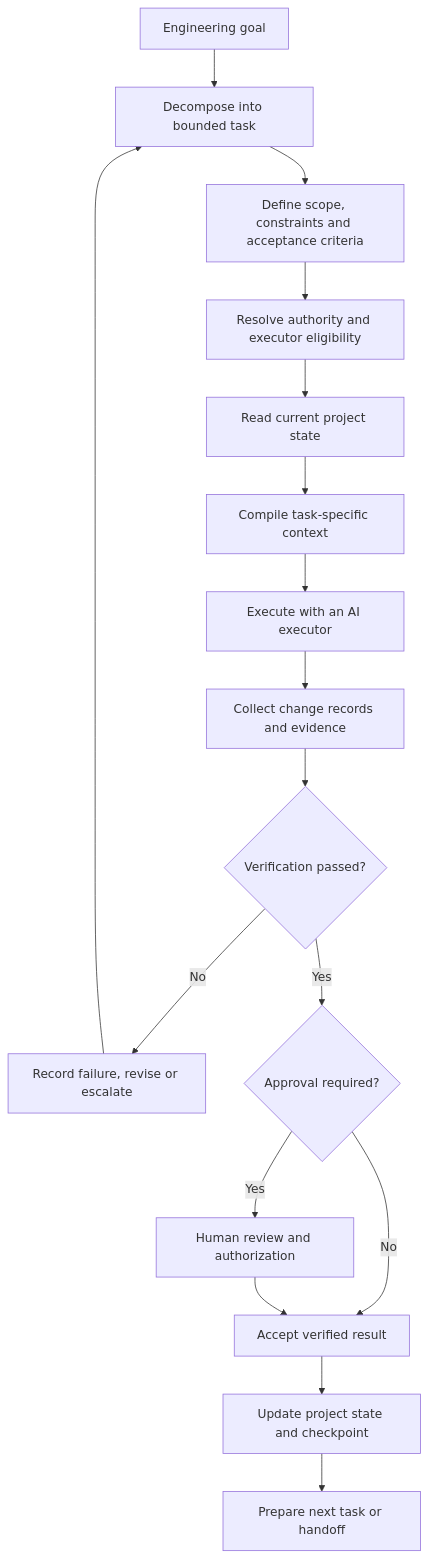
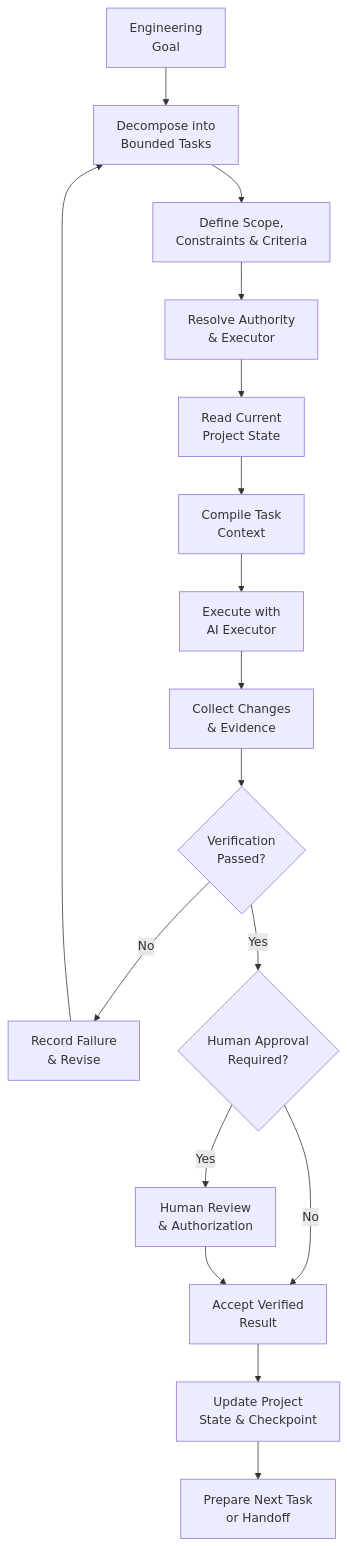
Before and after one commit to donghp/beyond-vibe-coding: the diagram in README.md, drawn with Mermaid. The commit also changed other lines of this file, not shown here.

````diff
--- a/README.md
+++ b/README.md
@@ -83,19 +85,19 @@
 ```mermaid
 flowchart TD
-    A[Engineering goal] --> B[Decompose into bounded task]
-    B --> C[Define scope, constraints and acceptance criteria]
-    C --> D[Resolve authority and executor eligibility]
-    D --> E[Read current project state]
-    E --> F[Compile task-specific context]
-    F --> G[Execute with an AI executor]
-    G --> H[Collect change records and evidence]
-    H --> I{Verification passed?}
-    I -- No --> J[Record failure, revise or escalate]
+    A["Engineering<br/>Goal"] --> B["Decompose into<br/>Bounded Tasks"]
+    B --> C["Define Scope,<br/>Constraints & Criteria"]
+    C --> D["Resolve Authority<br/>& Executor"]
+    D --> E["Read Current<br/>Project State"]
+    E --> F["Compile Task<br/>Context"]
+    F --> G["Execute with<br/>AI Executor"]
+    G --> H["Collect Changes<br/>& Evidence"]
+    H --> I{"Verification<br/>Passed?"}
+    I -- "No" --> J["Record Failure<br/>& Revise"]
     J --> B
-    I -- Yes --> K{Approval required?}
-    K -- Yes --> L[Human review and authorization]
-    K -- No --> M[Accept verified result]
+    I -- "Yes" --> K{"Human Approval<br/>Required?"}
+    K -- "Yes" --> L["Human Review<br/>& Authorization"]
+    K -- "No" --> M["Accept Verified<br/>Result"]
     L --> M
-    M --> N[Update project state and checkpoint]
-    N --> O[Prepare next task or handoff]
+    M --> N["Update Project<br/>State & Checkpoint"]
+    N --> O["Prepare Next Task<br/>or Handoff"]
 ```
````
